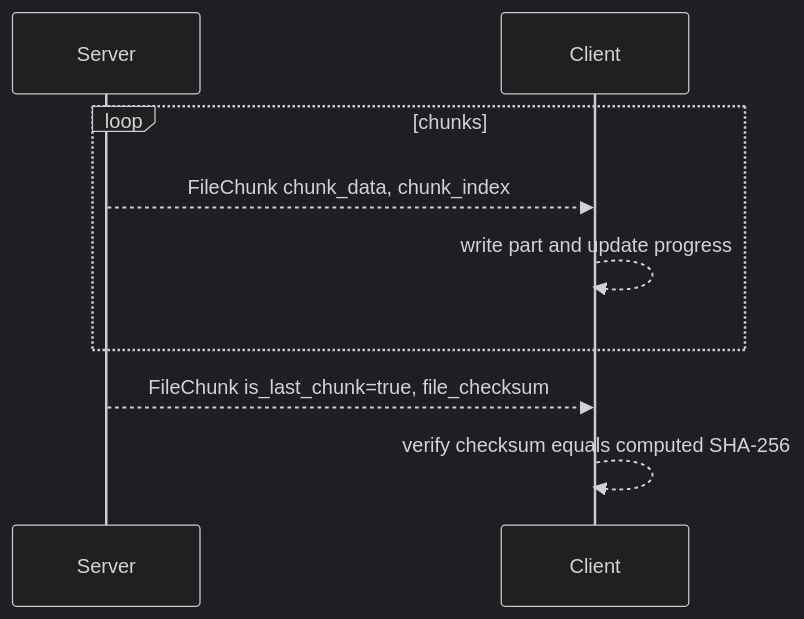
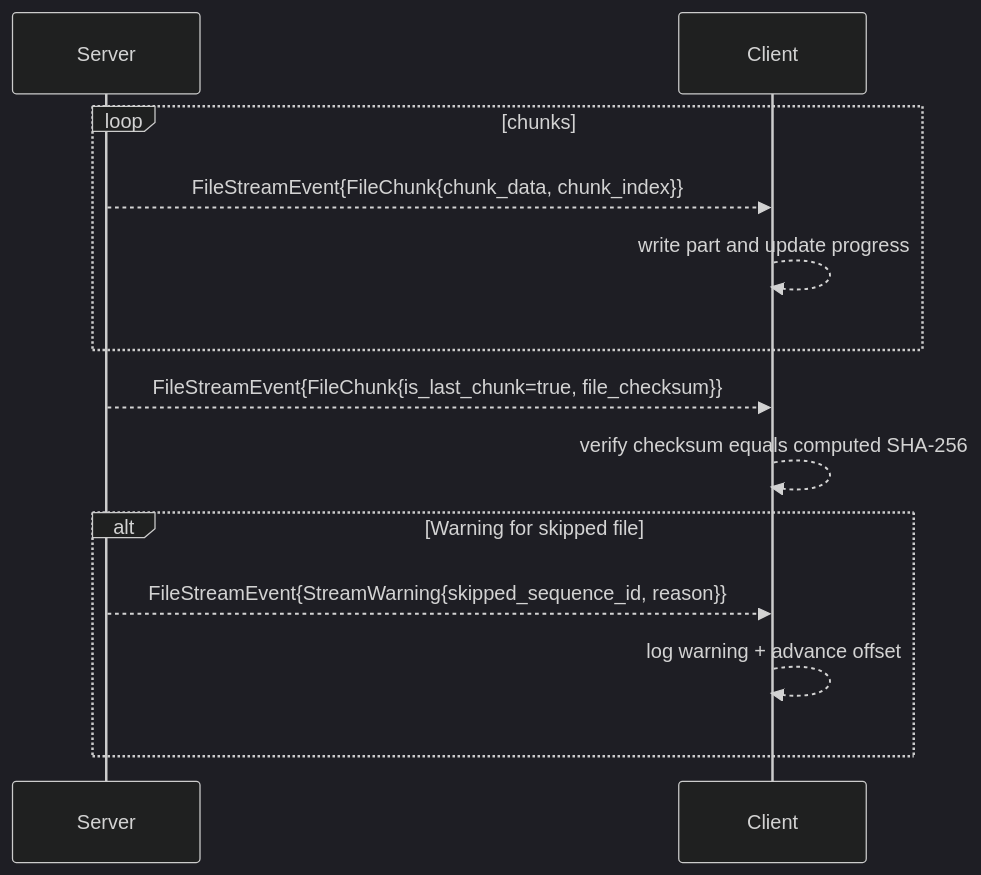
One commit to National-Digital-Twin/federator changed the sixth of 10 diagrams in docs/FILE_STREAMINING_README.md. Above: the diagram before and after it, drawn with Mermaid (dark theme). The commit also changed other lines of this file and 14 other files, not shown here.

````diff
--- a/docs/FILE_STREAMINING_README.md
+++ b/docs/FILE_STREAMINING_README.md
@@ -364,11 +393,15 @@
 ```mermaid
 sequenceDiagram
     participant S as Server
     participant C as Client
     loop chunks
-        S-->>C: FileChunk chunk_data, chunk_index
+        S-->>C: FileStreamEvent{FileChunk{chunk_data, chunk_index}}
         C-->>C: write part and update progress
     end
-    S-->>C: FileChunk is_last_chunk=true, file_checksum
+    S-->>C: FileStreamEvent{FileChunk{is_last_chunk=true, file_checksum}}
     C-->>C: verify checksum equals computed SHA-256
+    alt Warning for skipped file
+        S-->>C: FileStreamEvent{StreamWarning{skipped_sequence_id, reason}}
+        C-->>C: log warning + advance offset
+    end
 ```
````
